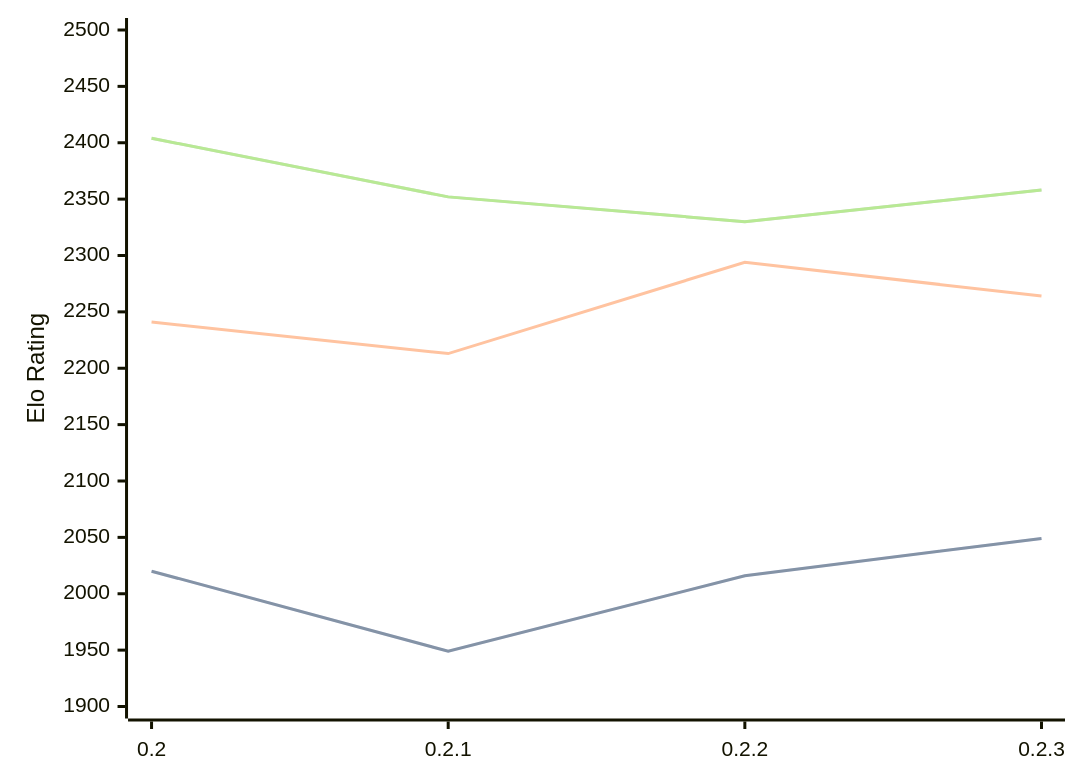
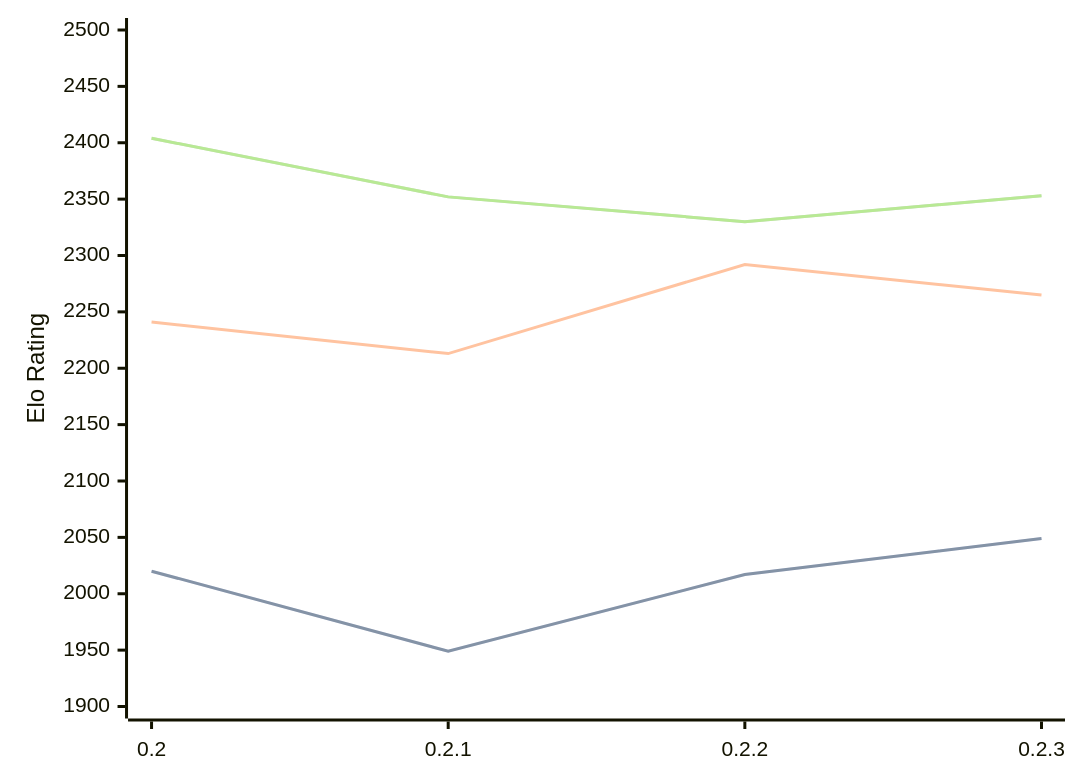
The diagram in engines/Lolbot.md (computer-chess-index/cci), drawn with Mermaid before and after one commit. The commit also changed other lines of this file, not shown here.

Commit message:
Update CCI Ratings (ELO VLTC) - 2026-04-03

````diff
--- a/engines/Lolbot.md
+++ b/engines/Lolbot.md
@@ -35,11 +35,11 @@
 ```mermaid
 %%{init: {"theme":"base","themeVariables":{"seriesColors:['#a3a3a3','#222221','#faa371']}}}%%
 xychart-beta
   x-axis ["0.2", "0.2.1", "0.2.2", "0.2.3"]
   y-axis "Elo Rating" 1900 --> 2500
-  line "STC (8.0+0.08s)" [2020, 1949, 2016, 2049]
-  line "STC (8.0+0.08s)" [2020, 1949, 2016, 2049]
-  line "LTC (60.0+0.60s)" [2241, 2213, 2294, 2264]
-  line "VLTC (2m24s+1.12s)" [2404, 2352, 2330, 2358]
-  line "VLTC (2m24s+1.12s)" [2404, 2352, 2330, 2358]
+  line "STC (8.0+0.08s)" [2020, 1949, 2017, 2049]
+  line "STC (8.0+0.08s)" [2020, 1949, 2017, 2049]
+  line "LTC (60.0+0.60s)" [2241, 2213, 2292, 2265]
+  line "VLTC (2m24s+1.12s)" [2404, 2352, 2330, 2353]
+  line "VLTC (2m24s+1.12s)" [2404, 2352, 2330, 2353]
 ```
````
